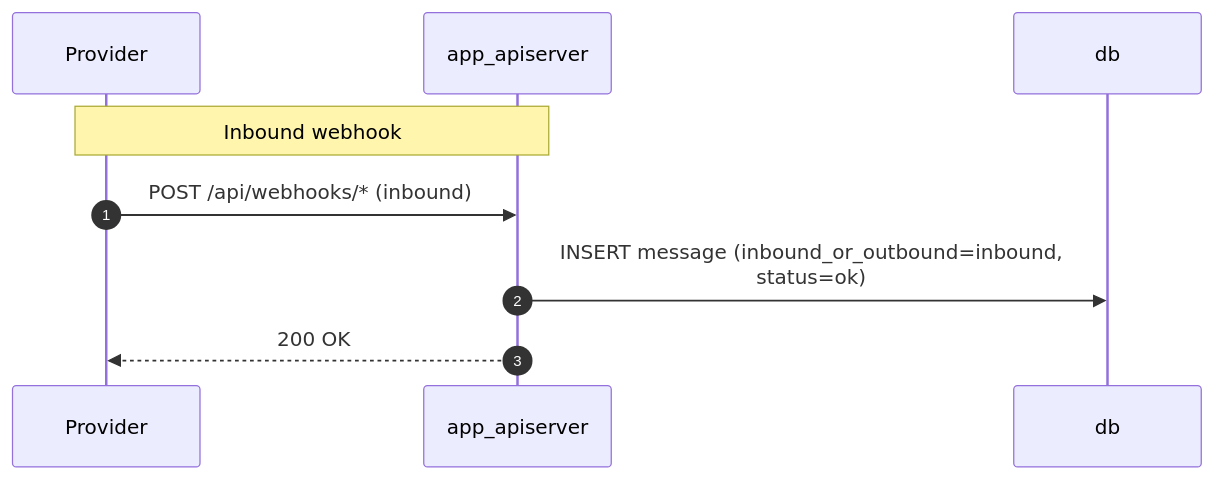
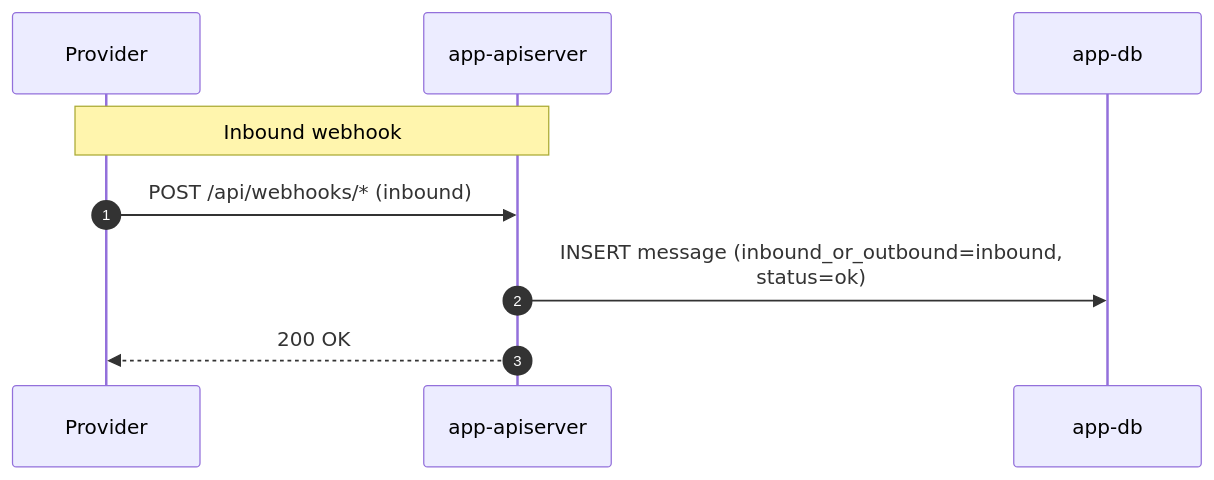
The third of 3 diagrams in README.md (rdavison/messaging-service), drawn with Mermaid before and after one commit. The commit also changed other lines of this file, not shown here.

````diff
--- a/README.md
+++ b/README.md
@@ -121,12 +121,12 @@
 ```mermaid
 sequenceDiagram
   autonumber
   participant V as Provider
-  participant A as app_apiserver
-  participant D as db
+  participant A as app-apiserver
+  participant D as app-db
 
   Note over V,A: Inbound webhook
   V->>A: POST /api/webhooks/* (inbound)
   A->>D: INSERT message (inbound_or_outbound=inbound,<br/>status=ok)
   A-->>V: 200 OK
 ```
````
